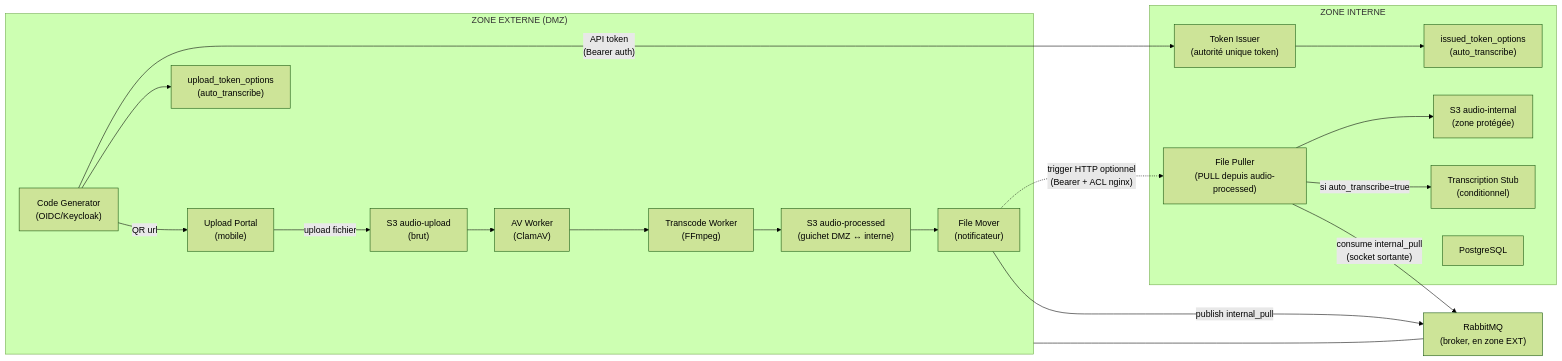
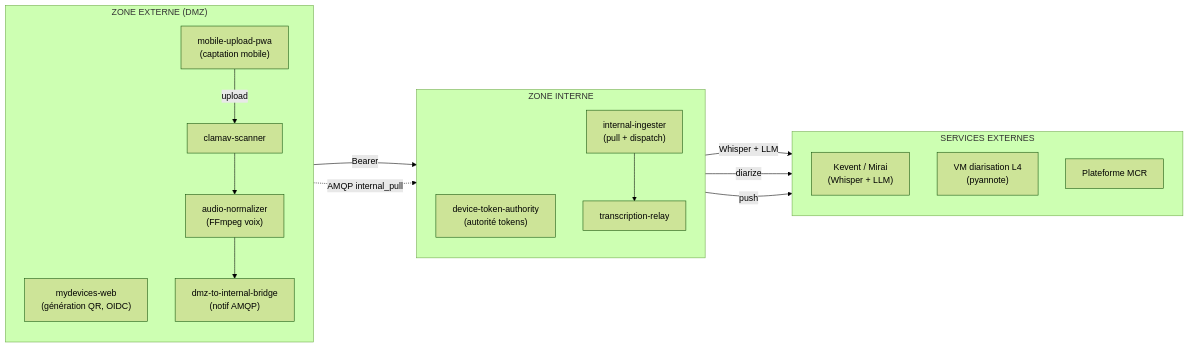
The first of 4 diagrams in README.md (IA-Generative/mirai-mesreunions), drawn with Mermaid (forest theme) before and after one commit. The commit also changed other lines of this file and 4 other files, not shown here.

````diff
--- a/README.md
+++ b/README.md
@@ -18,39 +39,33 @@
 ```mermaid
 flowchart LR
   subgraph EXT["ZONE EXTERNE (DMZ)"]
-    CG["Code Generator<br/>(OIDC/Keycloak)"]
-    UP["Upload Portal<br/>(mobile)"]
-    EOPT["upload_token_options<br/>(auto_transcribe)"]
-    S3U["S3 audio-upload<br/>(brut)"]
-    AV["AV Worker<br/>(ClamAV)"]
-    TR["Transcode Worker<br/>(FFmpeg)"]
-    S3P["S3 audio-processed<br/>(guichet DMZ ↔ interne)"]
-    FM["File Mover<br/>(notificateur)"]
-
-    CG -->|"QR url"| UP
-    CG --> EOPT
-    UP -->|"upload fichier"| S3U
-    S3U --> AV --> TR --> S3P --> FM
+    direction TB
+    MW["mydevices-web<br/>(génération QR, OIDC)"]
+    PWA["mobile-upload-pwa<br/>(captation mobile)"]
+    CV["clamav-scanner"]
+    AN["audio-normalizer<br/>(FFmpeg voix)"]
+    BR["dmz-to-internal-bridge<br/>(notif AMQP)"]
   end
 
   subgraph INT["ZONE INTERNE"]
-    TI["Token Issuer<br/>(autorité unique token)"]
-    IOPT["issued_token_options<br/>(auto_transcribe)"]
-    FP["File Puller<br/>(PULL depuis audio-processed)"]
-    S3I["S3 audio-internal<br/>(zone protégée)"]
-    STT["Transcription Stub<br/>(conditionnel)"]
-    DB["PostgreSQL"]
-
-    TI --> IOPT
-    FP --> S3I
-    FP -->|"si auto_transcribe=true"| STT
+    direction TB
+    DTA["device-token-authority<br/>(autorité tokens)"]
+    ING["internal-ingester<br/>(pull + dispatch)"]
+    REL["transcription-relay"]
   end
 
-  MQ["RabbitMQ<br/>(broker, en zone EXT)"]
-  EXT --- MQ
+  subgraph EXTSVC["SERVICES EXTERNES"]
+    direction TB
+    KEV["Kevent / Mirai<br/>(Whisper + LLM)"]
+    VM["VM diarisation L4<br/>(pyannote)"]
+    MCR["Plateforme MCR"]
+  end
 
-  CG -->|"API token<br/>(Bearer auth)"| TI
-  FM -->|"publish internal_pull"| MQ
-  FP -->|"consume internal_pull<br/>(socket sortante)"| MQ
-  FM -.->|"trigger HTTP optionnel<br/>(Bearer + ACL nginx)"| FP
+  MW -->|Bearer| DTA
+  PWA -->|upload| CV --> AN --> BR
+  BR -.->|AMQP internal_pull| ING
+  ING --> REL
+  ING -->|Whisper + LLM| KEV
+  ING -->|diarize| VM
+  ING -->|push| MCR
 ```
````
